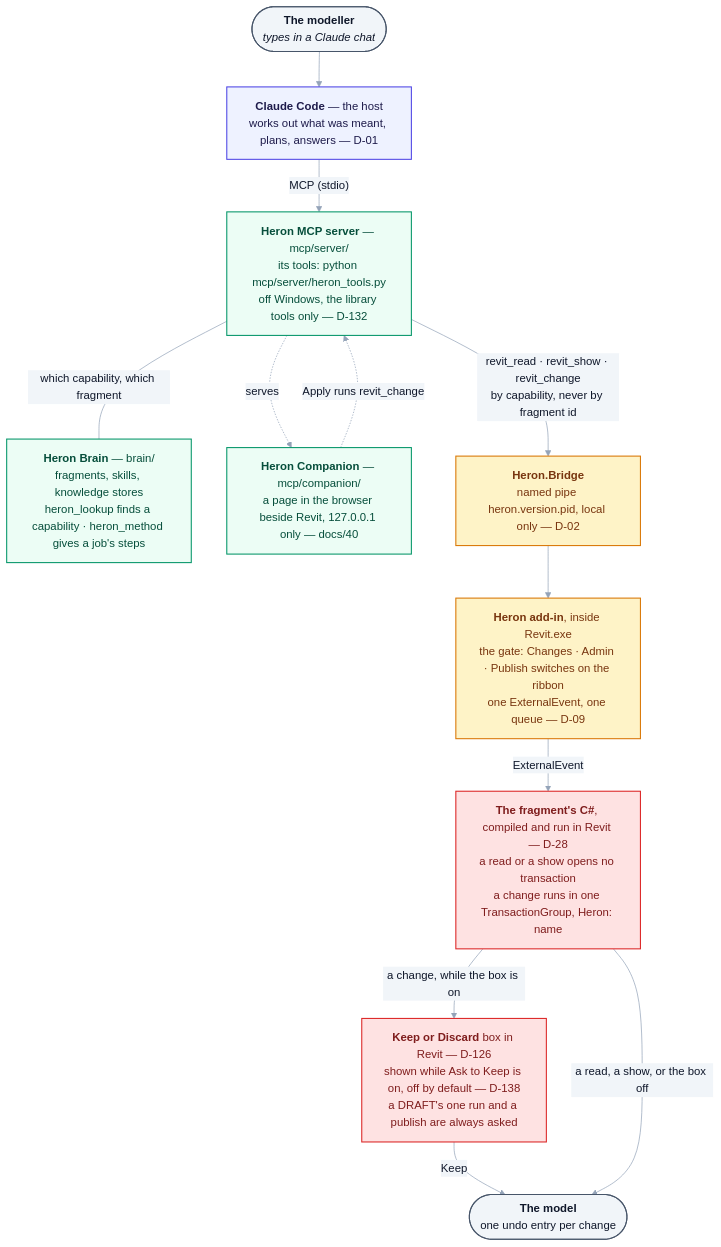
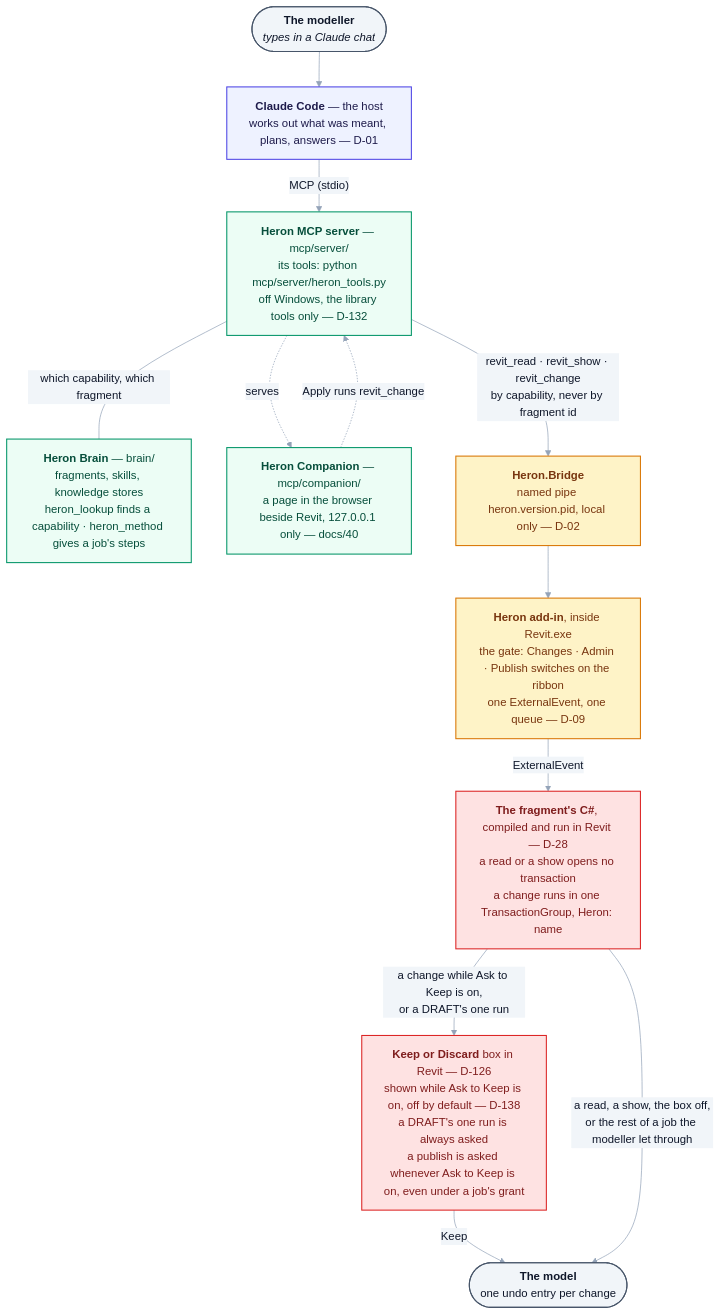
The third of 3 diagrams in docs/02-architecture-overview.md (Ajmalpshaik/Heron-AI), drawn with Mermaid before and after one commit. The commit also changed other lines of this file and 71 other files, not shown here.

````diff
--- a/docs/02-architecture-overview.md
+++ b/docs/02-architecture-overview.md
@@ -259,37 +259,37 @@
 ```mermaid
 %%{init: {"themeVariables": {"edgeLabelBackground":"#F1F5F9","lineColor":"#94A3B8","textColor":"#0F172A","tertiaryTextColor":"#0F172A"}}}%%
 flowchart TD
     MO(["<b>The modeller</b><br/><i>types in a Claude chat</i>"])
     CC["<b>Claude Code</b> — the host<br/>works out what was meant, plans, answers — D-01"]
     MS["<b>Heron MCP server</b> — mcp/server/<br/>its tools: python mcp/server/heron_tools.py<br/>off Windows, the library tools only — D-132"]
     BR["<b>Heron Brain</b> — brain/<br/>fragments, skills, knowledge stores<br/>heron_lookup finds a capability · heron_method gives a job's steps"]
     CP["<b>Heron Companion</b> — mcp/companion/<br/>a page in the browser beside Revit, 127.0.0.1 only — docs/40"]
     BG["<b>Heron.Bridge</b><br/>named pipe heron.version.pid, local only — D-02"]
     AD["<b>Heron add-in</b>, inside Revit.exe<br/>the gate: Changes · Admin · Publish switches on the ribbon<br/>one ExternalEvent, one queue — D-09"]
     RF["<b>The fragment's C#</b>, compiled and run in Revit — D-28<br/>a read or a show opens no transaction<br/>a change runs in one TransactionGroup, Heron: name"]
-    KQ["<b>Keep or Discard</b> box in Revit — D-126<br/>shown while Ask to Keep is on, off by default — D-138<br/>a DRAFT's one run and a publish are always asked"]
+    KQ["<b>Keep or Discard</b> box in Revit — D-126<br/>shown while Ask to Keep is on, off by default — D-138<br/>a DRAFT's one run is always asked<br/>a publish is asked whenever Ask to Keep is on, even under a job's grant"]
     MD(["<b>The model</b><br/>one undo entry per change"])
 
     MO --> CC
     CC -->|"MCP (stdio)"| MS
     MS ---|"which capability, which fragment"| BR
     MS -->|"revit_read · revit_show · revit_change<br/>by capability, never by fragment id"| BG
     BG --> AD
     AD -->|"ExternalEvent"| RF
-    RF -->|"a change, while the box is on"| KQ
+    RF -->|"a change while Ask to Keep is on,<br/>or a DRAFT's one run"| KQ
     KQ -->|"Keep"| MD
-    RF -->|"a read, a show, or the box off"| MD
+    RF -->|"a read, a show, the box off,<br/>or the rest of a job the modeller let through"| MD
     MS -.->|"serves"| CP
     CP -.->|"Apply runs revit_change"| MS
 
     classDef user fill:#F1F5F9,stroke:#475569,stroke-width:1.5px,color:#0F172A
     classDef host fill:#EEF2FF,stroke:#4F46E5,stroke-width:1.5px,color:#1E1B4B
     classDef brain fill:#ECFDF5,stroke:#059669,stroke-width:1.5px,color:#064E3B
     classDef addin fill:#FEF3C7,stroke:#D97706,stroke-width:1.5px,color:#78350F
     classDef revit fill:#FEE2E2,stroke:#DC2626,stroke-width:1.5px,color:#7F1D1D
     class MO,MD user
     class CC host
     class MS,BR,CP brain
     class BG,AD addin
     class RF,KQ revit
 ```
````
